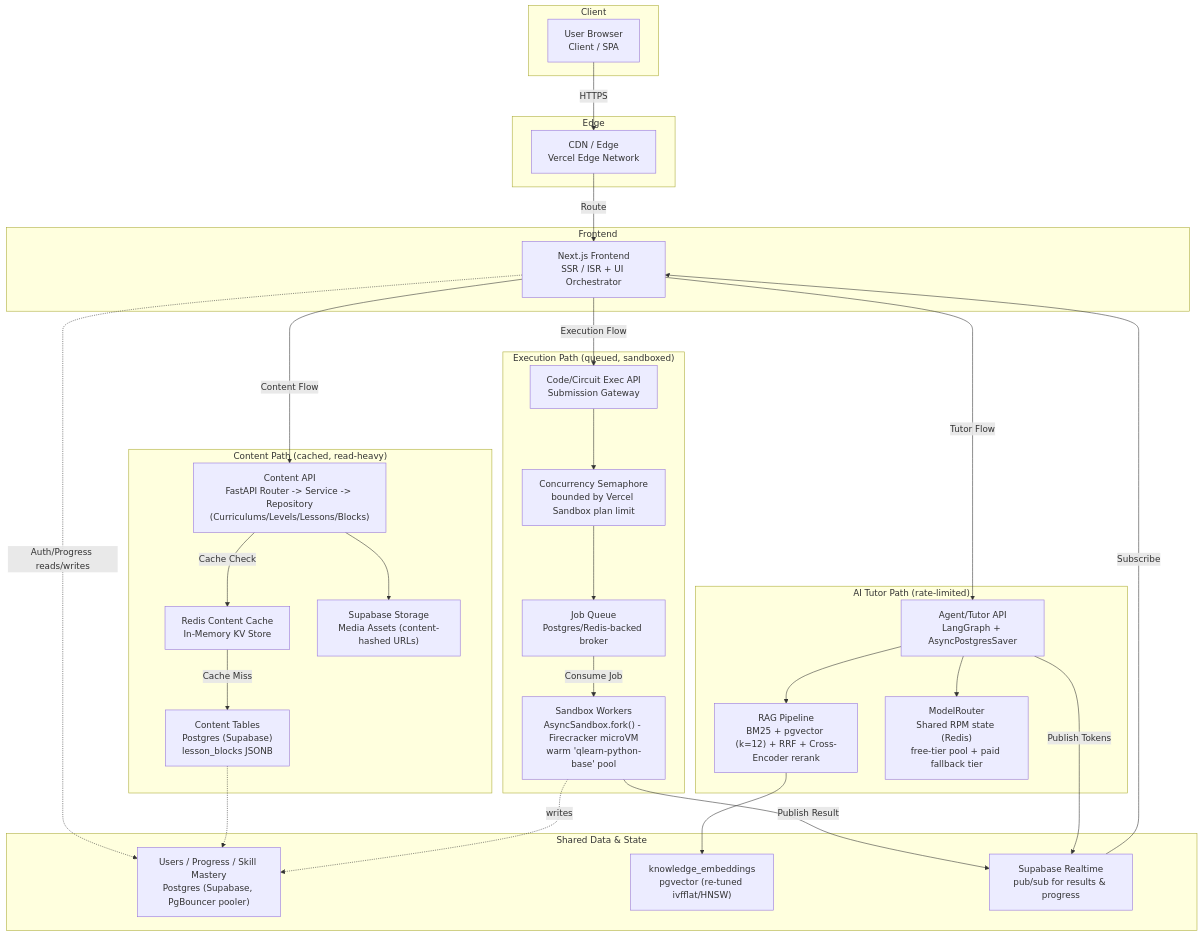
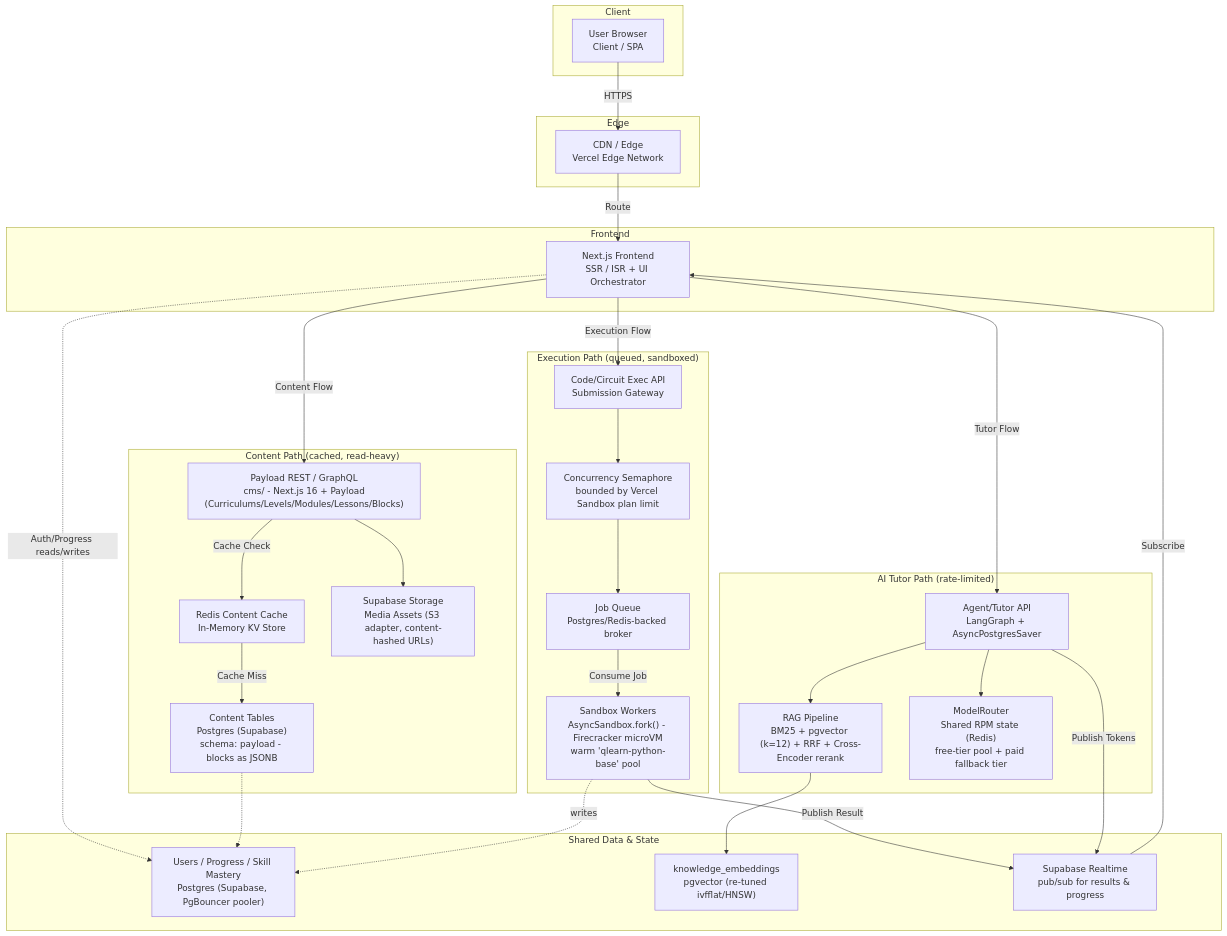
The diagram in docs/Curriculum/q-learn-scaling-architecture.md (qphase-ai/Q-Learn), drawn with Mermaid before and after one commit. The commit also changed other lines of this file, not shown here.

````diff
--- a/docs/Curriculum/q-learn-scaling-architecture.md
+++ b/docs/Curriculum/q-learn-scaling-architecture.md
@@ -33,65 +36,65 @@
 ```mermaid
 flowchart TD
     subgraph Client
         Browser["User Browser<br/>Client / SPA"]
     end
 
     subgraph Edge
         CDN["CDN / Edge<br/>Vercel Edge Network"]
     end
 
     subgraph Frontend
         Next["Next.js Frontend<br/>SSR / ISR + UI Orchestrator"]
     end
 
     Browser -- HTTPS --> CDN
     CDN -- Route --> Next
 
     subgraph ContentPath["Content Path (cached, read-heavy)"]
-        ContentAPI["Content API<br/>FastAPI Router -> Service -> Repository<br/>(Curriculums/Levels/Lessons/Blocks)"]
+        ContentAPI["Payload REST / GraphQL<br/>cms/ - Next.js 16 + Payload<br/>(Curriculums/Levels/Modules/Lessons/Blocks)"]
         RedisContent["Redis Content Cache<br/>In-Memory KV Store"]
-        ContentDB["Content Tables<br/>Postgres (Supabase)<br/>lesson_blocks JSONB"]
-        Storage["Supabase Storage<br/>Media Assets (content-hashed URLs)"]
+        ContentDB["Content Tables<br/>Postgres (Supabase)<br/>schema: payload - blocks as JSONB"]
+        Storage["Supabase Storage<br/>Media Assets (S3 adapter, content-hashed URLs)"]
     end
 
     subgraph ExecutionPath["Execution Path (queued, sandboxed)"]
         ExecAPI["Code/Circuit Exec API<br/>Submission Gateway"]
         Queue["Job Queue<br/>Postgres/Redis-backed broker"]
         Workers["Sandbox Workers<br/>AsyncSandbox.fork() - Firecracker microVM<br/>warm 'qlearn-python-base' pool"]
         RateGate["Concurrency Semaphore<br/>bounded by Vercel Sandbox plan limit"]
     end
 
     subgraph TutorPath["AI Tutor Path (rate-limited)"]
         AgentAPI["Agent/Tutor API<br/>LangGraph + AsyncPostgresSaver"]
         RAG["RAG Pipeline<br/>BM25 + pgvector (k=12) + RRF + Cross-Encoder rerank"]
         ModelRouter["ModelRouter<br/>Shared RPM state (Redis)<br/>free-tier pool + paid fallback tier"]
     end
 
     subgraph SharedData["Shared Data & State"]
         UsersDB["Users / Progress / Skill Mastery<br/>Postgres (Supabase, PgBouncer pooler)"]
         Embeddings["knowledge_embeddings<br/>pgvector (re-tuned ivfflat/HNSW)"]
         Realtime["Supabase Realtime<br/>pub/sub for results & progress"]
     end
 
     Next -- Content Flow --> ContentAPI
     Next -- Execution Flow --> ExecAPI
     Next -- Tutor Flow --> AgentAPI
     Next -.->|Auth/Progress reads/writes| UsersDB
 
     ContentAPI -- Cache Check --> RedisContent
     RedisContent -- Cache Miss --> ContentDB
     ContentAPI --> Storage
 
     ExecAPI --> RateGate --> Queue
     Queue -- Consume Job --> Workers
     Workers -- Publish Result --> Realtime
     Realtime -- Subscribe --> Next
 
     AgentAPI --> ModelRouter
     AgentAPI --> RAG
     RAG --> Embeddings
     AgentAPI -- Publish Tokens --> Realtime
 
     ContentDB -.-> UsersDB
     Workers -.->|writes| UsersDB
 ```
````
